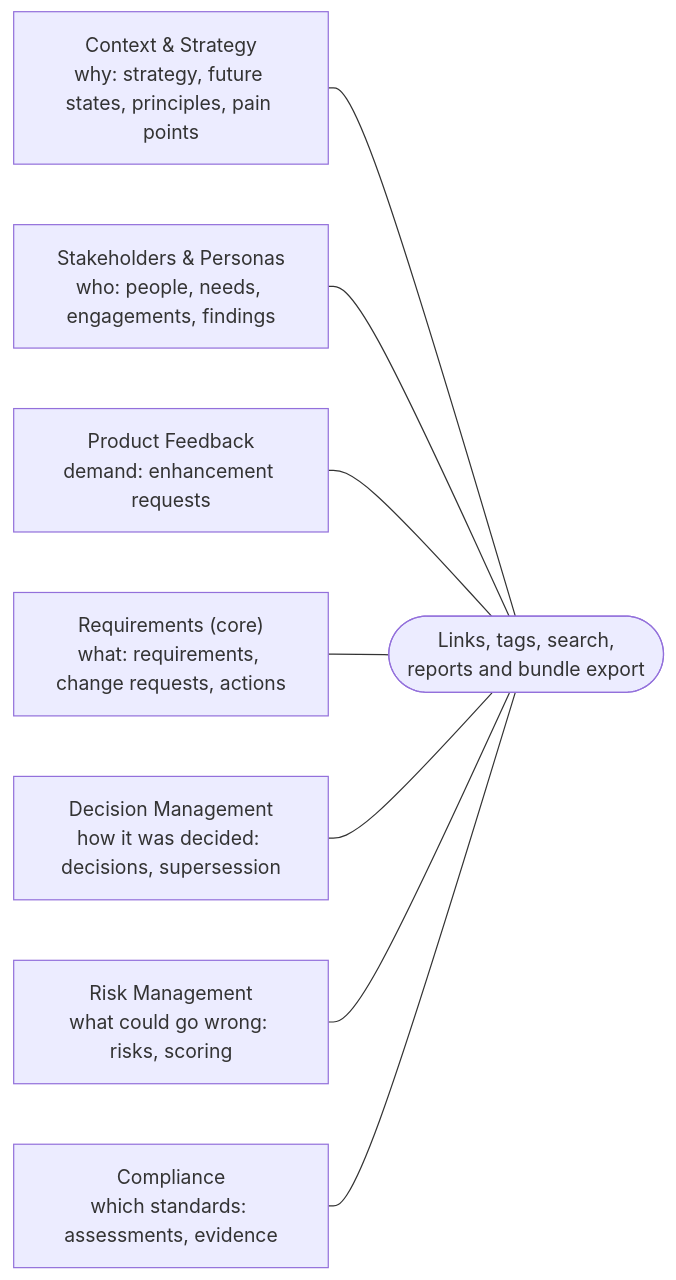
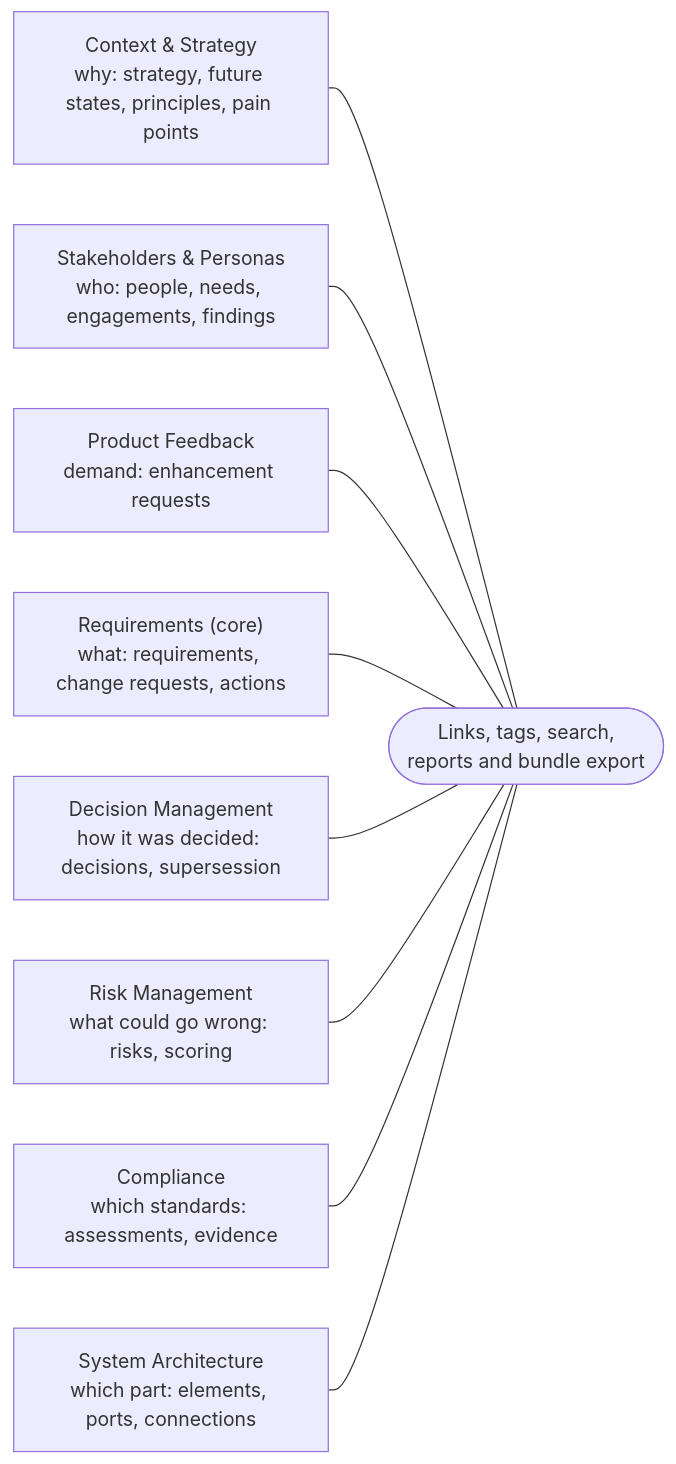
One commit to ballardr/reqtrackmanager changed the first of 2 diagrams in README.md. Above: the diagram before and after it, drawn with Mermaid. The commit also changed other lines of this file and 39 other files, not shown here.

Commit message:
Phase 2 - Elements, ports and connections (project-owned): hierarchy, codes, placements, tags, links, search, summaries, audit, record tables, bundle sections, probes

````diff
--- a/README.md
+++ b/README.md
@@ -29,19 +29,21 @@
 ```mermaid
 flowchart LR
     CS["Context & Strategy<br/>why: strategy, future states, principles, pain points"]
     SP["Stakeholders & Personas<br/>who: people, needs, engagements, findings"]
     PF["Product Feedback<br/>demand: enhancement requests"]
     REQ["Requirements (core)<br/>what: requirements, change requests, actions"]
     DEC["Decision Management<br/>how it was decided: decisions, supersession"]
     RSK["Risk Management<br/>what could go wrong: risks, scoring"]
     CMP["Compliance<br/>which standards: assessments, evidence"]
+    ARC["System Architecture<br/>which part: elements, ports, connections"]
     HUB(["Links, tags, search,<br/>reports and bundle export"])
 
     CS --- HUB
     SP --- HUB
     PF --- HUB
     REQ --- HUB
     DEC --- HUB
     RSK --- HUB
     CMP --- HUB
+    ARC --- HUB
 ```
````
